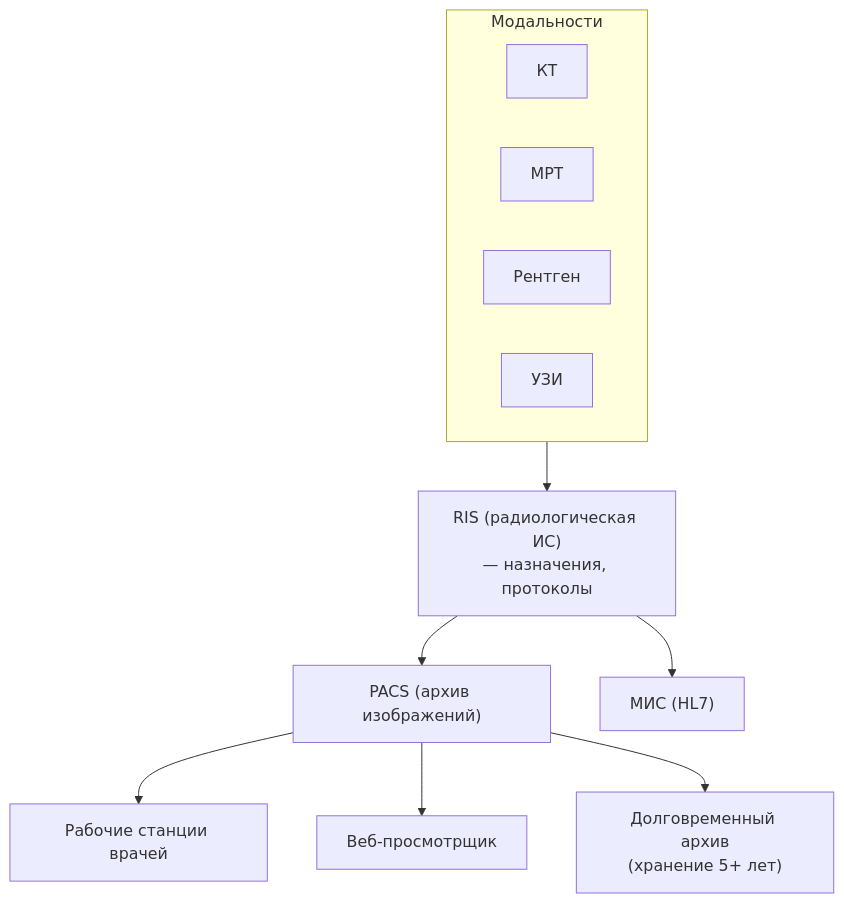
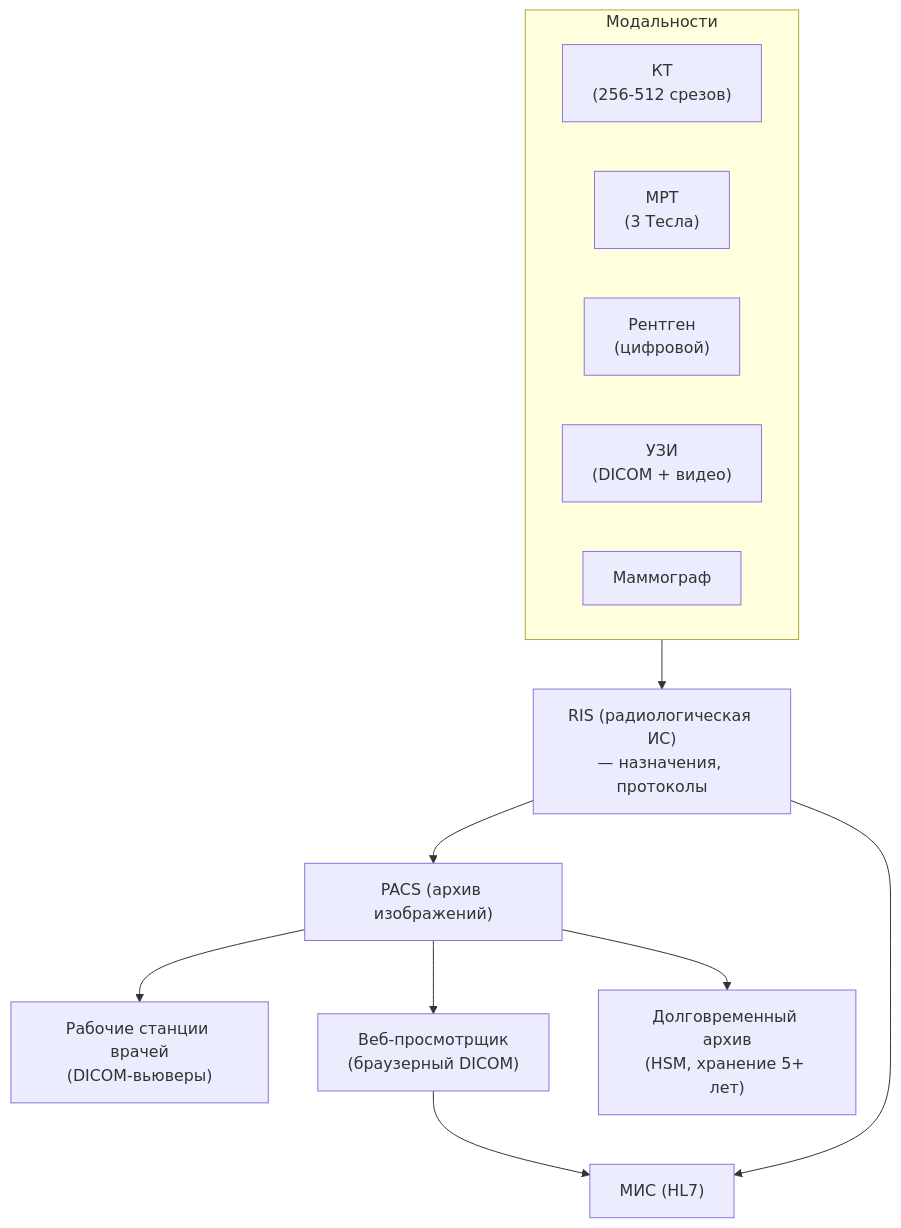
One commit to sergeyodnoval-bot/sysanalyst-kb.github.io changed the first of 3 diagrams in docs/specialization/medtech-pacs.md. Above: the diagram before and after it, drawn with Mermaid. The commit also changed other lines of this file and 13 other files, not shown here.

````diff
--- a/docs/specialization/medtech-pacs.md
+++ b/docs/specialization/medtech-pacs.md
@@ -22,15 +48,17 @@
 ```mermaid
 flowchart TD
     subgraph MOD["Модальности"]
-        CT["КТ"]
-        MRI["МРТ"]
-        XR["Рентген"]
-        US["УЗИ"]
+        CT["КТ<br/>(256-512 срезов)"]
+        MRI["МРТ<br/>(3 Тесла)"]
+        XR["Рентген<br/>(цифровой)"]
+        US["УЗИ<br/>(DICOM + видео)"]
+        MM["Маммограф"]
     end
     MOD --> RIS["RIS (радиологическая ИС)<br/>— назначения, протоколы"]
     RIS --> PACS["PACS (архив изображений)"]
-    PACS --> VW["Рабочие станции врачей"]
-    PACS --> WEB["Веб-просмотрщик"]
-    PACS --> ARCH["Долговременный архив<br/>(хранение 5+ лет)"]
+    PACS --> VW["Рабочие станции врачей<br/>(DICOM-вьюверы)"]
+    PACS --> WEB["Веб-просмотрщик<br/>(браузерный DICOM)"]
+    PACS --> ARCH["Долговременный архив<br/>(HSM, хранение 5+ лет)"]
     RIS --> HIS["МИС (HL7)"]
+    WEB --> HIS
 ```
````
